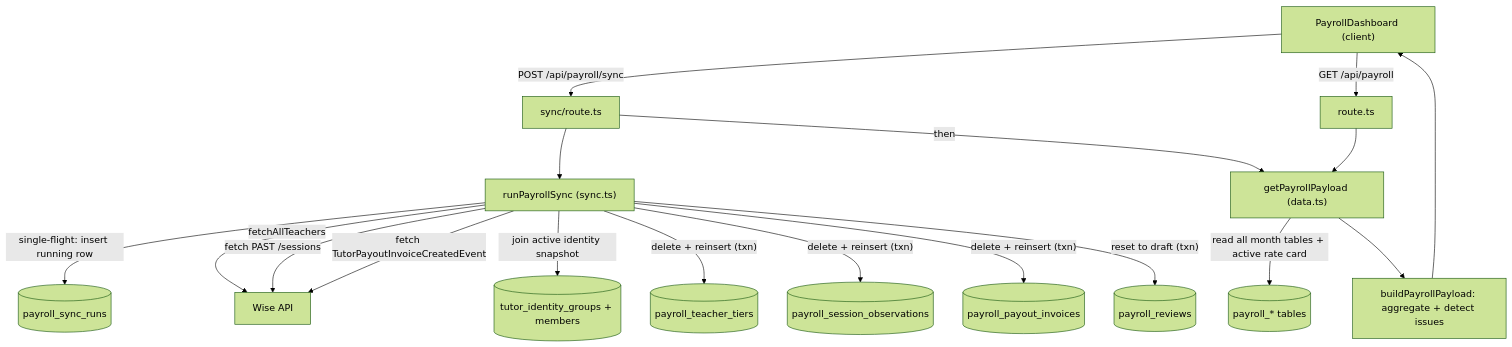
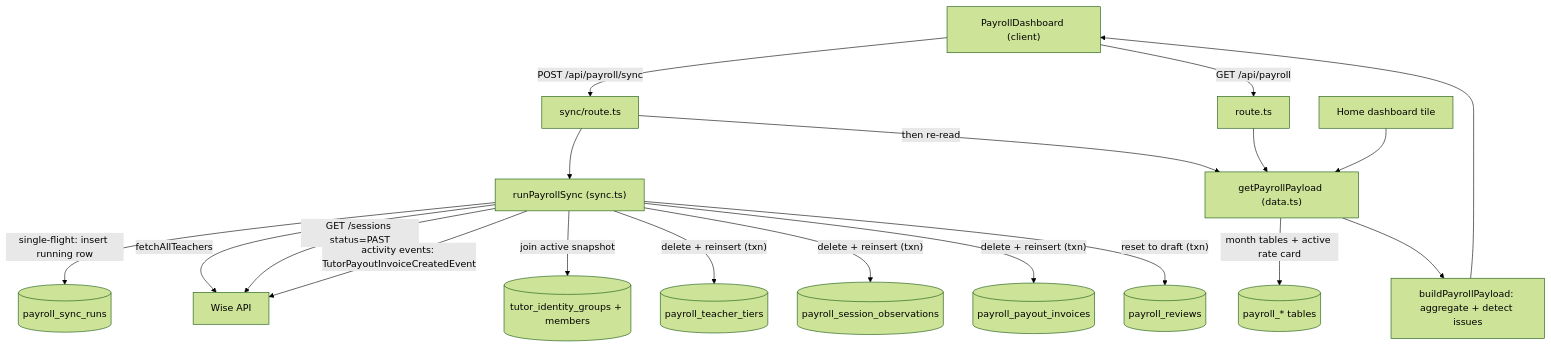
Before and after one commit to kasheesh711/bgscheduler: the diagram in docs/features/payroll.md, drawn with Mermaid (forest theme). The commit also changed other lines of this file and 71 other files, not shown here.

````diff
--- a/docs/features/payroll.md
+++ b/docs/features/payroll.md
@@ -57,22 +69,23 @@
 ```mermaid
 flowchart TD
     UI["PayrollDashboard (client)"] -->|"POST /api/payroll/sync"| SyncRoute["sync/route.ts"]
     SyncRoute --> RunSync["runPayrollSync (sync.ts)"]
 
     RunSync -->|"single-flight: insert running row"| SyncRuns[("payroll_sync_runs")]
     RunSync -->|"fetchAllTeachers"| Wise["Wise API"]
-    RunSync -->|"fetch PAST /sessions"| Wise
-    RunSync -->|"fetch TutorPayoutInvoiceCreatedEvent"| Wise
-    RunSync -->|"join active identity snapshot"| Identity[("tutor_identity_groups + members")]
+    RunSync -->|"GET /sessions status=PAST"| Wise
+    RunSync -->|"activity events: TutorPayoutInvoiceCreatedEvent"| Wise
+    RunSync -->|"join active snapshot"| Identity[("tutor_identity_groups + members")]
 
     RunSync -->|"delete + reinsert (txn)"| Tiers[("payroll_teacher_tiers")]
     RunSync -->|"delete + reinsert (txn)"| Sessions[("payroll_session_observations")]
     RunSync -->|"delete + reinsert (txn)"| Invoices[("payroll_payout_invoices")]
     RunSync -->|"reset to draft (txn)"| Reviews[("payroll_reviews")]
 
-    SyncRoute -->|"then"| GetPayload["getPayrollPayload (data.ts)"]
+    SyncRoute -->|"then re-read"| GetPayload["getPayrollPayload (data.ts)"]
     UI -->|"GET /api/payroll"| GetRoute["route.ts"] --> GetPayload
-    GetPayload -->|"read all month tables + active rate card"| AllTables[("payroll_* tables")]
+    Home["Home dashboard tile"] --> GetPayload
+    GetPayload -->|"month tables + active rate card"| AllTables[("payroll_* tables")]
     GetPayload --> Build["buildPayrollPayload: aggregate + detect issues"]
     Build --> UI
 ```
````
